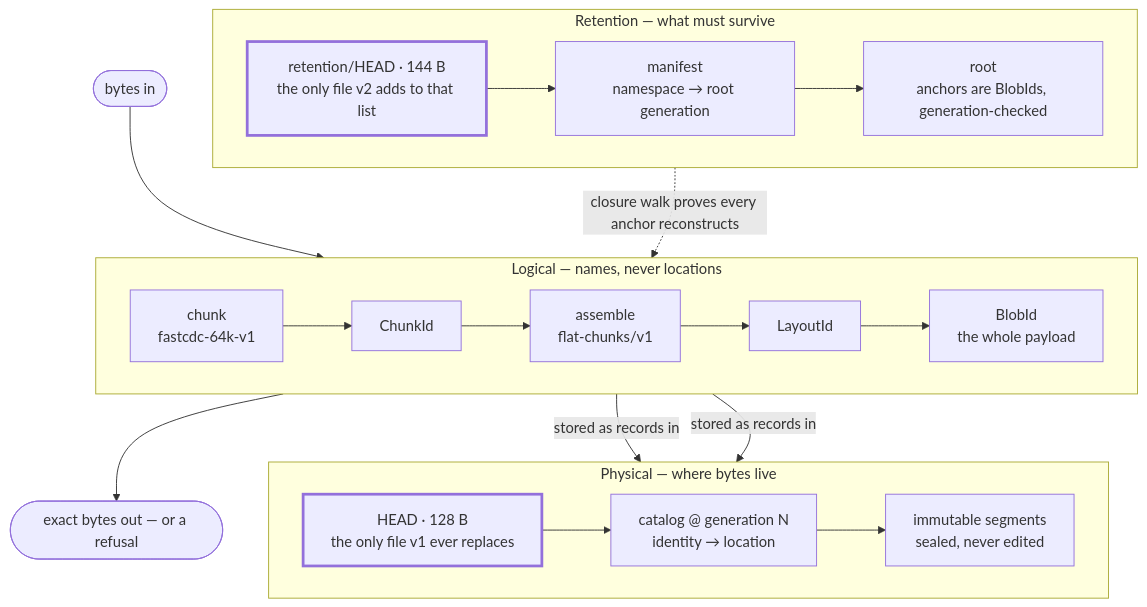
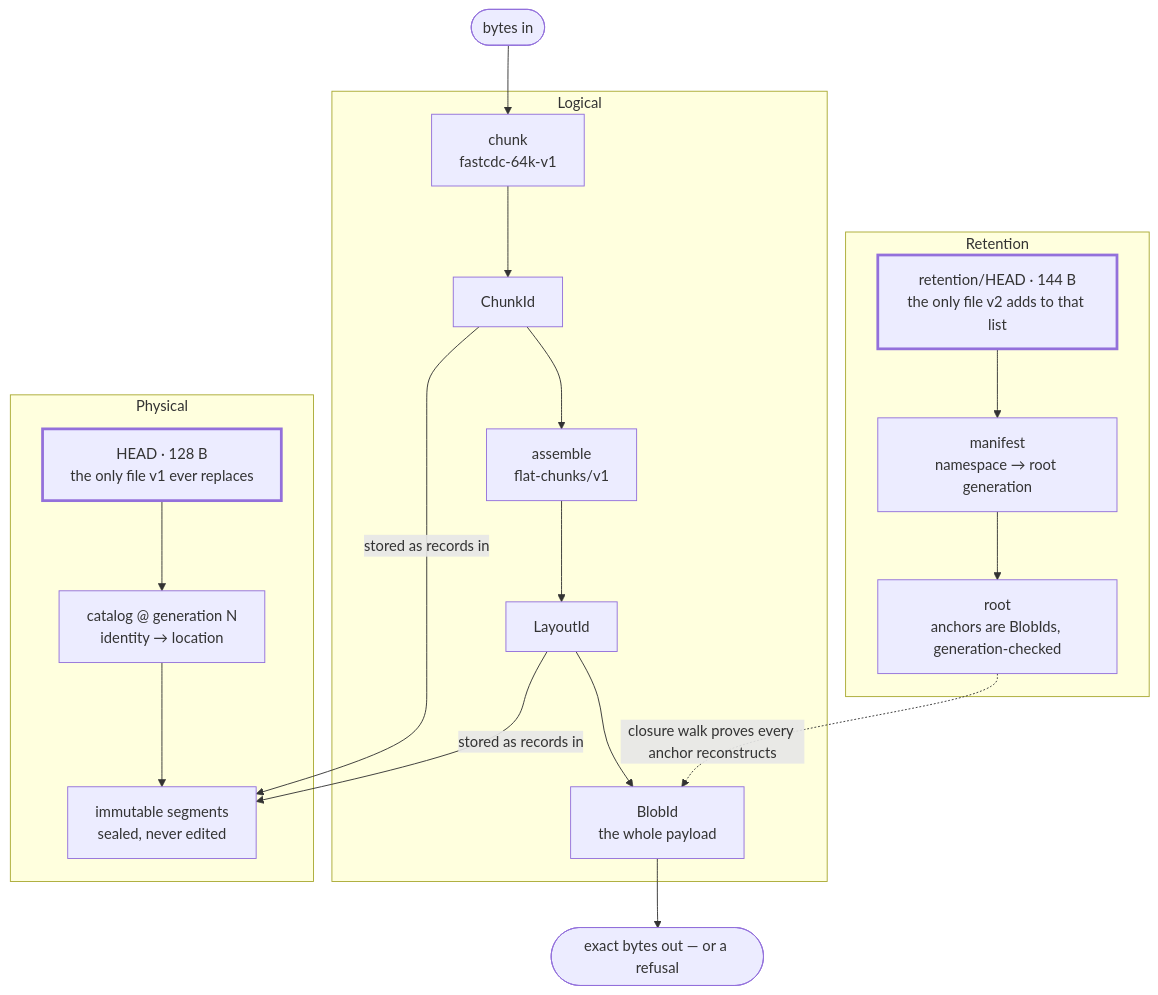
Before and after one commit to flyingrobots/keep: the diagram in README.md, drawn with Mermaid.

Commit message:
Tighten README diagram titles
Single-word subgraph titles: the longer ones clipped in mermaid-cli, and
the taglines already live in the surrounding prose. Removed the inner
direction hints that cross-subgraph edges override anyway.

````diff
--- a/README.md
+++ b/README.md
@@ -95,35 +95,32 @@
 ```mermaid
 flowchart TB
     IN([bytes in]) --> CHUNK
 
-    subgraph LOGICAL["Logical — names, never locations"]
-        direction LR
+    subgraph LOGICAL["Logical"]
         CHUNK["chunk<br/>fastcdc-64k-v1"] --> CID["ChunkId"]
         CID --> ASM["assemble<br/>flat-chunks/v1"] --> LID["LayoutId"]
         LID --> BID["BlobId<br/>the whole payload"]
     end
 
-    subgraph PHYSICAL["Physical — where bytes live"]
-        direction LR
+    subgraph PHYSICAL["Physical"]
         HEAD["HEAD · 128 B<br/>the only file v1 ever replaces"]
         CAT["catalog @ generation N<br/>identity → location"]
         SEG["immutable segments<br/>sealed, never edited"]
         HEAD --> CAT --> SEG
     end
 
-    subgraph RETENTION["Retention — what must survive"]
-        direction LR
+    subgraph RETENTION["Retention"]
         RHEAD["retention/HEAD · 144 B<br/>the only file v2 adds to that list"]
         MAN["manifest<br/>namespace → root generation"]
         ROOT["root<br/>anchors are BlobIds, generation-checked"]
         RHEAD --> MAN --> ROOT
     end
 
     CID -- "stored as records in" --> SEG
     LID -- "stored as records in" --> SEG
     ROOT -. "closure walk proves every anchor reconstructs" .-> BID
     BID --> OUT([exact bytes out — or a refusal])
 
     classDef mutable stroke-width:3px
     class HEAD,RHEAD mutable
 ```
````
